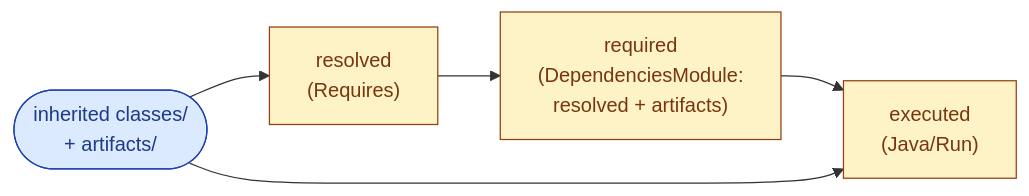
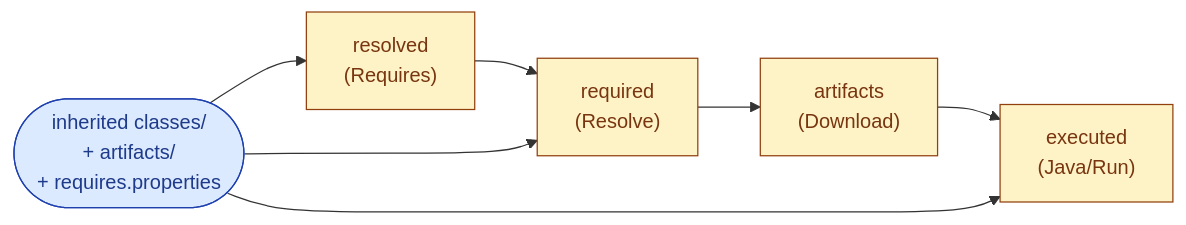
One commit to raphw/jenesis changed the second of 6 diagrams in README.md. Above: the diagram before and after it, drawn with Mermaid. The commit also changed other lines of this file and 4 other files, not shown here.

````diff
--- a/README.md
+++ b/README.md
@@ -495,13 +499,16 @@
 ```mermaid
 flowchart LR
   classDef input fill:#dbeafe,stroke:#1e40af,color:#1e3a8a;
   classDef step fill:#fef3c7,stroke:#92400e,color:#78350f;
-  arts(["inherited classes/<br/>+ artifacts/"]):::input
+  arts(["inherited classes/<br/>+ artifacts/<br/>+ requires.properties"]):::input
   resolved["resolved<br/>(Requires)"]:::step
-  required["required<br/>(DependenciesModule:<br/>resolved + artifacts)"]:::step
+  required["required<br/>(Resolve)"]:::step
+  artifacts["artifacts<br/>(Download)"]:::step
   executed["executed<br/>(Java/Run)"]:::step
   arts --> resolved
   resolved --> required
-  required --> executed
+  arts --> required
+  required --> artifacts
+  artifacts --> executed
   arts --> executed
 ```
````
